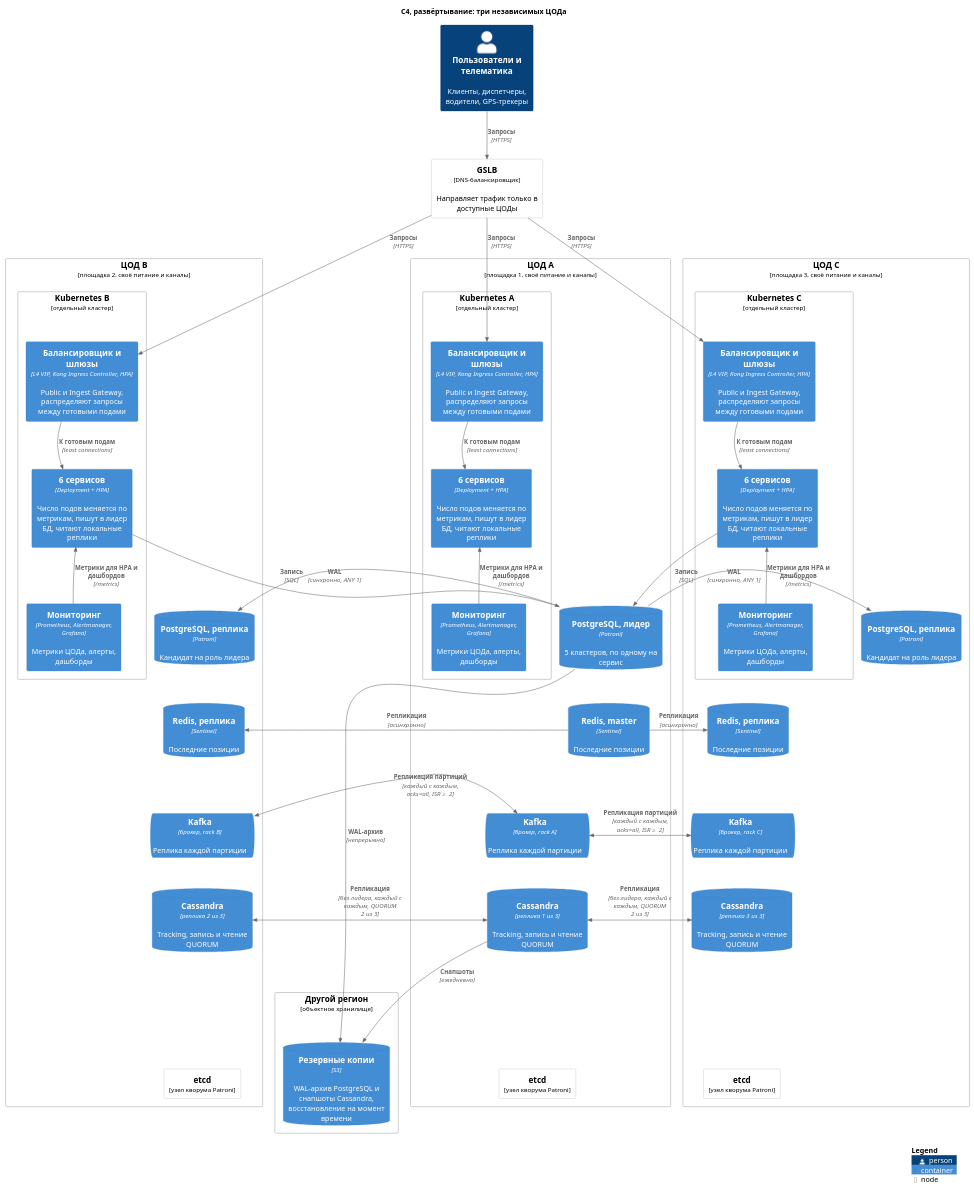
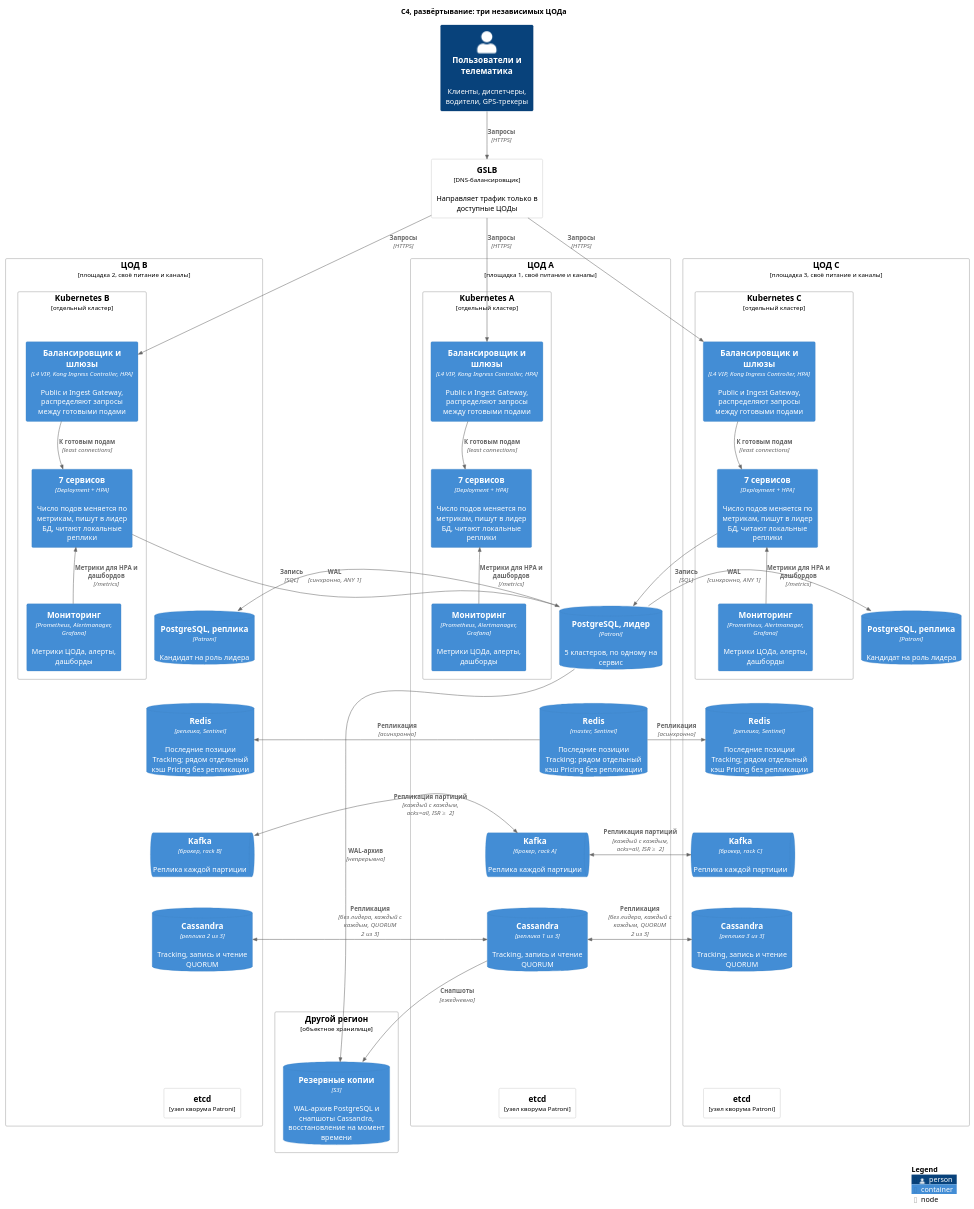
One commit to Yagiar/MicroservicesItmo changed the diagram in 1_lab/diagrams/c4-deployment.puml. Above: the diagram before and after it, drawn with PlantUML. The commit also changed 18 other files, not shown here.

First line of the commit message:
Add C4 container diagrams for notification, orders, and tracking services; update existing diagrams and service documentation

```diff
--- a/1_lab/diagrams/c4-deployment.puml
+++ b/1_lab/diagrams/c4-deployment.puml
@@ -1,106 +1,106 @@
 @startuml c4-deployment
 !include <C4/C4_Deployment>
 
 title C4, развёртывание: три независимых ЦОДа
 
 Person(users, "Пользователи и телематика", "Клиенты, диспетчеры, водители, GPS-трекеры")
 Deployment_Node(gslb, "GSLB", "DNS-балансировщик", "Направляет трафик только в доступные ЦОДы")
 
 Deployment_Node(dc_a, "ЦОД A", "площадка 1, своё питание и каналы") {
   Deployment_Node(k8s_a, "Kubernetes A", "отдельный кластер") {
     Container(gw_a, "Балансировщик и шлюзы", "L4 VIP, Kong Ingress Controller, HPA", "Public и Ingest Gateway, распределяют запросы между готовыми подами")
-    Container(apps_a, "6 сервисов", "Deployment + HPA", "Число подов меняется по метрикам, пишут в лидер БД, читают локальные реплики")
+    Container(apps_a, "7 сервисов", "Deployment + HPA", "Число подов меняется по метрикам, пишут в лидер БД, читают локальные реплики")
     Container(mon_a, "Мониторинг", "Prometheus, Alertmanager, Grafana", "Метрики ЦОДа, алерты, дашборды")
   }
   ContainerDb(pg_a, "PostgreSQL, лидер", "Patroni", "5 кластеров, по одному на сервис")
   ContainerDb(cass_a, "Cassandra", "реплика 1 из 3", "Tracking, запись и чтение QUORUM")
   ContainerQueue(kafka_a, "Kafka", "брокер, rack A", "Реплика каждой партиции")
-  ContainerDb(redis_a, "Redis, master", "Sentinel", "Последние позиции")
+  ContainerDb(redis_a, "Redis", "master, Sentinel", "Последние позиции Tracking; рядом отдельный кэш Pricing без репликации")
   Deployment_Node(etcd_a, "etcd", "узел кворума Patroni")
 }
 
 Deployment_Node(dc_b, "ЦОД B", "площадка 2, своё питание и каналы") {
   Deployment_Node(k8s_b, "Kubernetes B", "отдельный кластер") {
     Container(gw_b, "Балансировщик и шлюзы", "L4 VIP, Kong Ingress Controller, HPA", "Public и Ingest Gateway, распределяют запросы между готовыми подами")
-    Container(apps_b, "6 сервисов", "Deployment + HPA", "Число подов меняется по метрикам, пишут в лидер БД, читают локальные реплики")
+    Container(apps_b, "7 сервисов", "Deployment + HPA", "Число подов меняется по метрикам, пишут в лидер БД, читают локальные реплики")
     Container(mon_b, "Мониторинг", "Prometheus, Alertmanager, Grafana", "Метрики ЦОДа, алерты, дашборды")
   }
   ContainerDb(pg_b, "PostgreSQL, реплика", "Patroni", "Кандидат на роль лидера")
   ContainerDb(cass_b, "Cassandra", "реплика 2 из 3", "Tracking, запись и чтение QUORUM")
   ContainerQueue(kafka_b, "Kafka", "брокер, rack B", "Реплика каждой партиции")
-  ContainerDb(redis_b, "Redis, реплика", "Sentinel", "Последние позиции")
+  ContainerDb(redis_b, "Redis", "реплика, Sentinel", "Последние позиции Tracking; рядом отдельный кэш Pricing без репликации")
   Deployment_Node(etcd_b, "etcd", "узел кворума Patroni")
 }
 
 Deployment_Node(dc_c, "ЦОД C", "площадка 3, своё питание и каналы") {
   Deployment_Node(k8s_c, "Kubernetes C", "отдельный кластер") {
     Container(gw_c, "Балансировщик и шлюзы", "L4 VIP, Kong Ingress Controller, HPA", "Public и Ingest Gateway, распределяют запросы между готовыми подами")
-    Container(apps_c, "6 сервисов", "Deployment + HPA", "Число подов меняется по метрикам, пишут в лидер БД, читают локальные реплики")
+    Container(apps_c, "7 сервисов", "Deployment + HPA", "Число подов меняется по метрикам, пишут в лидер БД, читают локальные реплики")
     Container(mon_c, "Мониторинг", "Prometheus, Alertmanager, Grafana", "Метрики ЦОДа, алерты, дашборды")
   }
   ContainerDb(pg_c, "PostgreSQL, реплика", "Patroni", "Кандидат на роль лидера")
   ContainerDb(cass_c, "Cassandra", "реплика 3 из 3", "Tracking, запись и чтение QUORUM")
   ContainerQueue(kafka_c, "Kafka", "брокер, rack C", "Реплика каждой партиции")
-  ContainerDb(redis_c, "Redis, реплика", "Sentinel", "Последние позиции")
+  ContainerDb(redis_c, "Redis", "реплика, Sentinel", "Последние позиции Tracking; рядом отдельный кэш Pricing без репликации")
   Deployment_Node(etcd_c, "etcd", "узел кворума Patroni")
 }
 
 Deployment_Node(region2, "Другой регион", "объектное хранилище") {
   ContainerDb(backup, "Резервные копии", "S3", "WAL-архив PostgreSQL и снапшоты Cassandra, восстановление на момент времени")
 }
 
 Rel(users, gslb, "Запросы", "HTTPS")
 Rel(gslb, gw_a, "Запросы", "HTTPS")
 Rel(gslb, gw_b, "Запросы", "HTTPS")
 Rel(gslb, gw_c, "Запросы", "HTTPS")
 
 Rel(gw_a, apps_a, "К готовым подам", "least connections")
 Rel(gw_b, apps_b, "К готовым подам", "least connections")
 Rel(gw_c, apps_c, "К готовым подам", "least connections")
 Rel(mon_a, apps_a, "Метрики для HPA и дашбордов", "/metrics")
 Rel(mon_b, apps_b, "Метрики для HPA и дашбордов", "/metrics")
 Rel(mon_c, apps_c, "Метрики для HPA и дашбордов", "/metrics")
 
 Rel(apps_b, pg_a, "Запись", "SQL")
 Rel(apps_c, pg_a, "Запись", "SQL")
 Rel_L(pg_a, pg_b, "WAL", "синхронно, ANY 1")
 Rel_R(pg_a, pg_c, "WAL", "синхронно, ANY 1")
 Rel_L(redis_a, redis_b, "Репликация", "асинхронно")
 Rel_R(redis_a, redis_c, "Репликация", "асинхронно")
 ' Без лидера: узлы равны, координатор пишет во все 3 реплики и ждёт 2; связь B-C не рисуем, она ломает раскладку
 BiRel_L(cass_a, cass_b, "Репликация", "без лидера, каждый с каждым, QUORUM 2 из 3")
 BiRel_R(cass_a, cass_c, "Репликация", "без лидера, каждый с каждым, QUORUM 2 из 3")
 ' Лидеры партиций распределены по всем брокерам, ведомые копируют с лидера
 BiRel_L(kafka_a, kafka_b, "Репликация партиций", "каждый с каждым, acks=all, ISR ≥ 2")
 BiRel_R(kafka_a, kafka_c, "Репликация партиций", "каждый с каждым, acks=all, ISR ≥ 2")
 
 Rel(pg_a, backup, "WAL-архив", "непрерывно")
 Rel(cass_a, backup, "Снапшоты", "ежедневно")
 
 ' Раскладка: ЦОДы тремя колонками, A в центре, внутри ЦОДа один порядок сверху вниз
 Lay_R(gw_b, gw_a)
 Lay_R(gw_a, gw_c)
 Lay_D(gw_a, apps_a)
 Lay_R(apps_a, mon_a)
 Lay_D(apps_a, pg_a)
 Lay_D(pg_a, redis_a)
 Lay_D(redis_a, kafka_a)
 Lay_D(kafka_a, cass_a)
 Lay_D(cass_a, etcd_a)
 Lay_D(gw_b, apps_b)
 Lay_R(apps_b, mon_b)
 Lay_D(apps_b, pg_b)
 Lay_D(pg_b, redis_b)
 Lay_D(redis_b, kafka_b)
 Lay_D(kafka_b, cass_b)
 Lay_D(cass_b, etcd_b)
 Lay_D(gw_c, apps_c)
 Lay_R(apps_c, mon_c)
 Lay_D(apps_c, pg_c)
 Lay_D(pg_c, redis_c)
 Lay_D(redis_c, kafka_c)
 Lay_D(kafka_c, cass_c)
 Lay_D(cass_c, etcd_c)
 
 SHOW_LEGEND()
 @enduml
```
